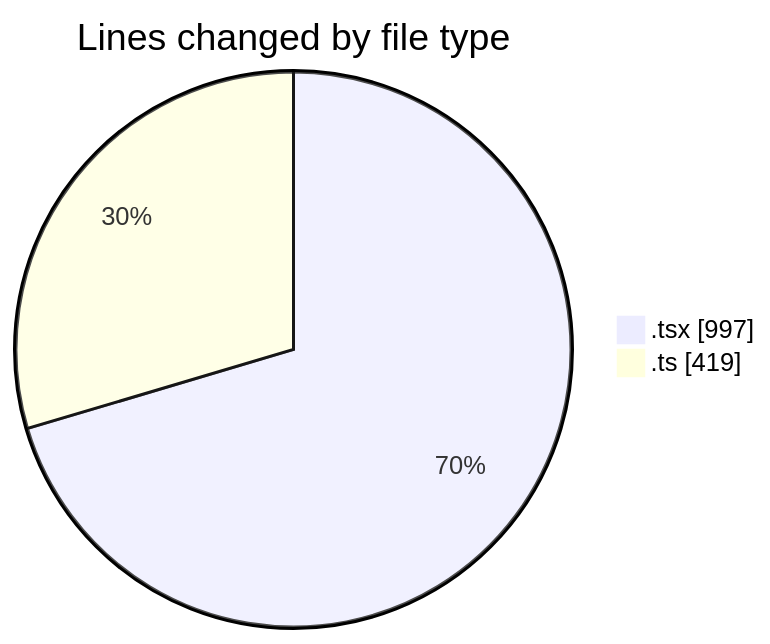
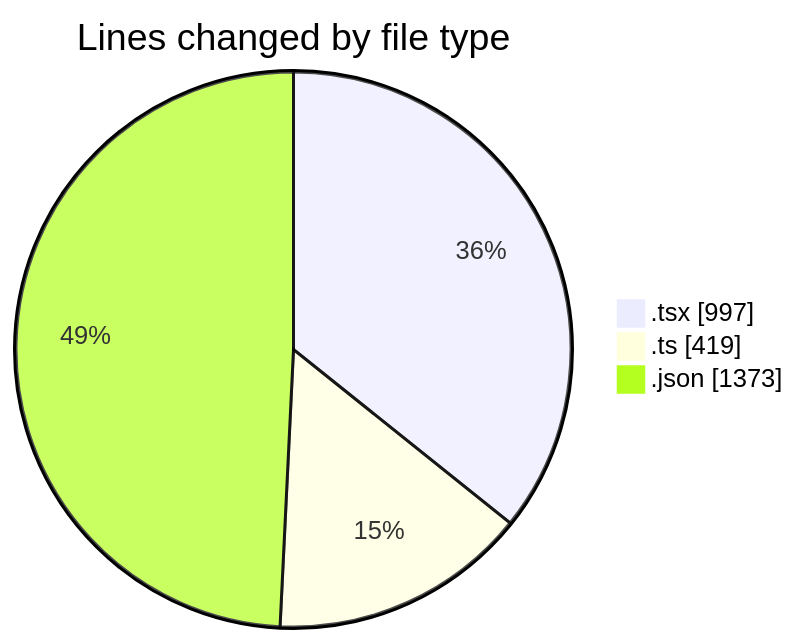
The first of 2 diagrams in 2025-10-16/eventscop-frontend-guide__workspace_/README.md (julien-gomy/code-tracking), drawn with Mermaid before and after one commit. The commit also changed other lines of this file and 1 other file, not shown here.

````diff
--- a/2025-10-16/eventscop-frontend-guide__workspace_/README.md
+++ b/2025-10-16/eventscop-frontend-guide__workspace_/README.md
@@ -31,6 +32,7 @@
 ```mermaid
 pie showData
 title Lines changed by file type
 ".tsx" : 997
 ".ts" : 419
+".json" : 1373
 ```
````
